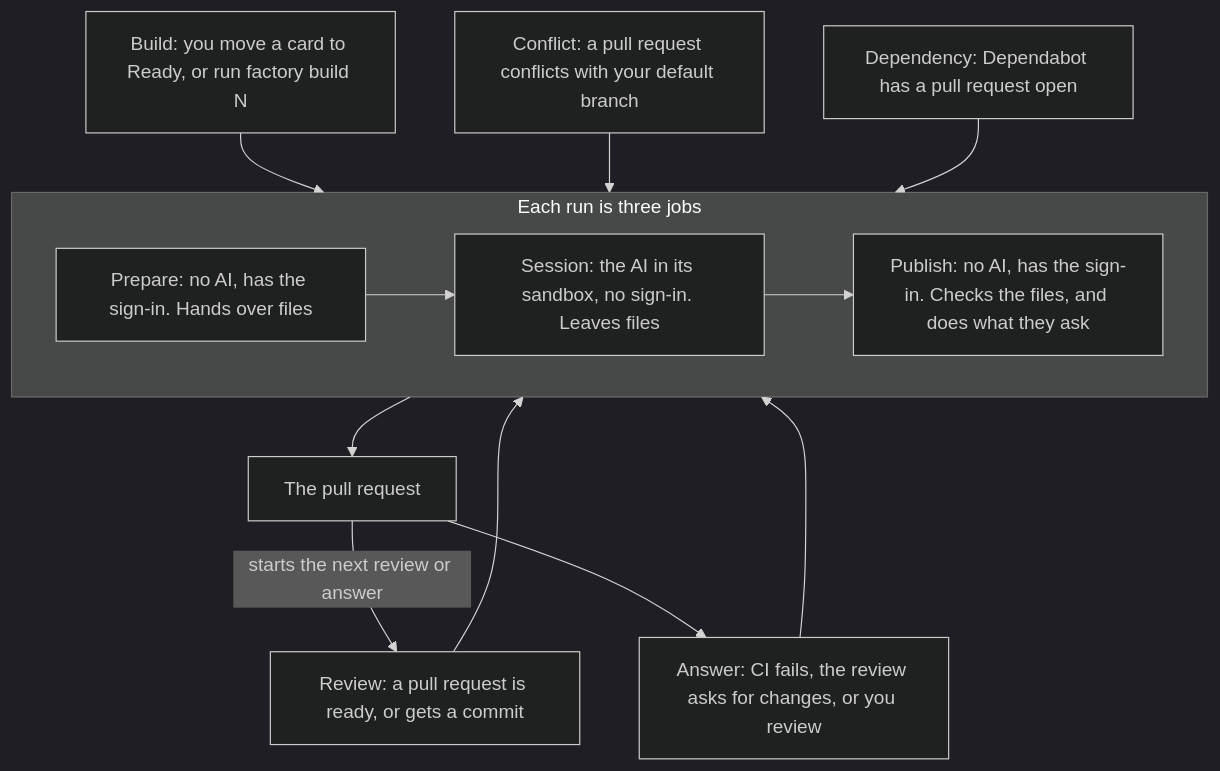
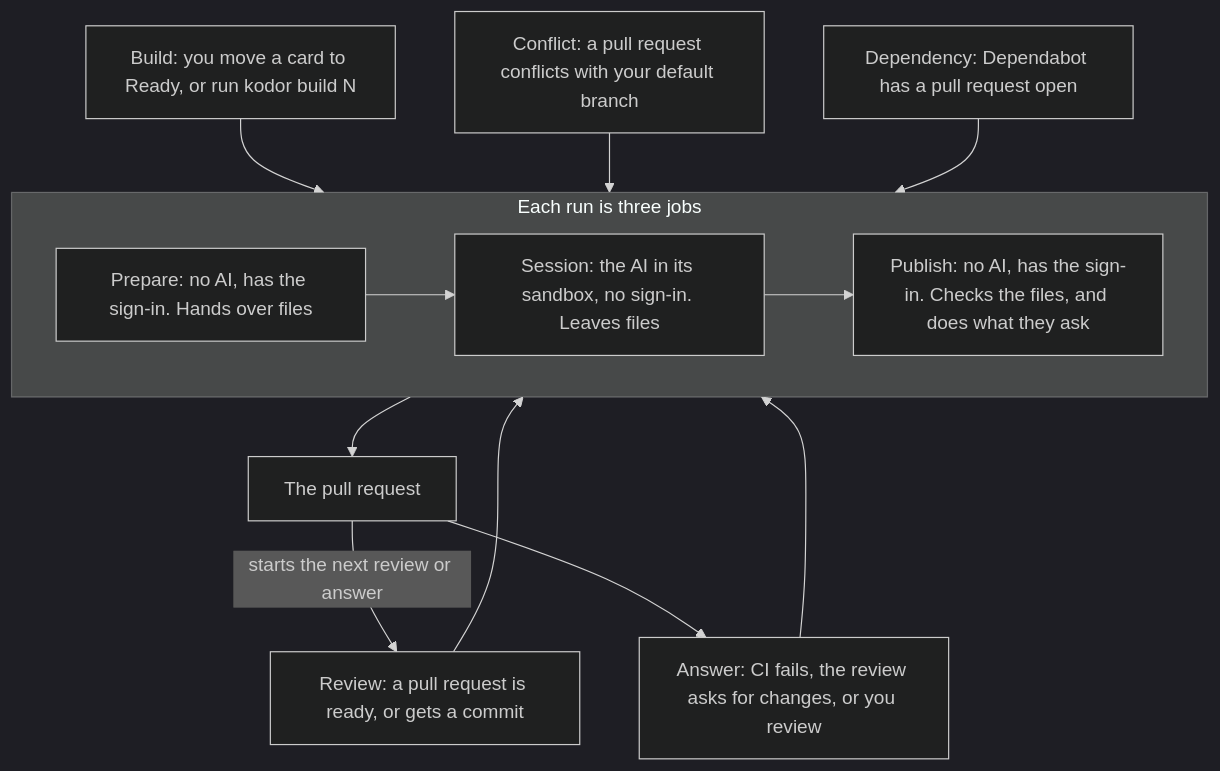
Before and after one commit to davidbyoung/software-factory: the diagram in docs/security/cloud-runs.md, drawn with Mermaid (dark theme). The commit also changed other lines of this file and 358 other files, not shown here.

````diff
--- a/docs/security/cloud-runs.md
+++ b/docs/security/cloud-runs.md
@@ -13,23 +13,23 @@
 ```mermaid
 flowchart TB
-    build["Build: you move a card to Ready, or run factory build N"]
+    build["Build: you move a card to Ready, or run kodor build N"]
     review["Review: a pull request is ready, or gets a commit"]
     answer["Answer: CI fails, the review asks for changes, or you review"]
     conflict["Conflict: a pull request conflicts with your default branch"]
     dependency["Dependency: Dependabot has a pull request open"]
     subgraph run["Each run is three jobs"]
         direction LR
         prepare["Prepare: no AI, has the sign-in. Hands over files"]
         session["Session: the AI in its sandbox, no sign-in. Leaves files"]
         publish["Publish: no AI, has the sign-in. Checks the files, and does what they ask"]
         prepare --> session --> publish
     end
     build --> prepare
     review --> prepare
     answer --> prepare
     conflict --> prepare
     dependency --> prepare
     publish --> pull["The pull request"]
     pull -->|"starts the next review or answer"| review
     pull --> answer
 ```
````
